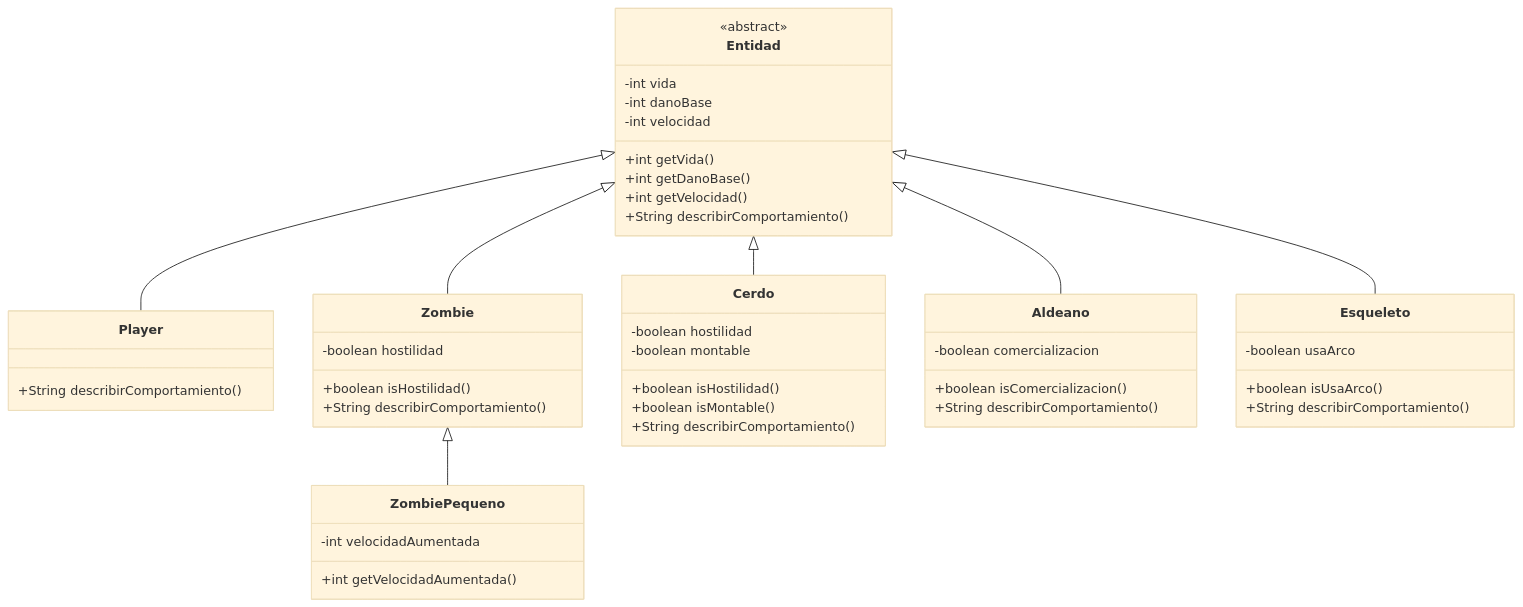
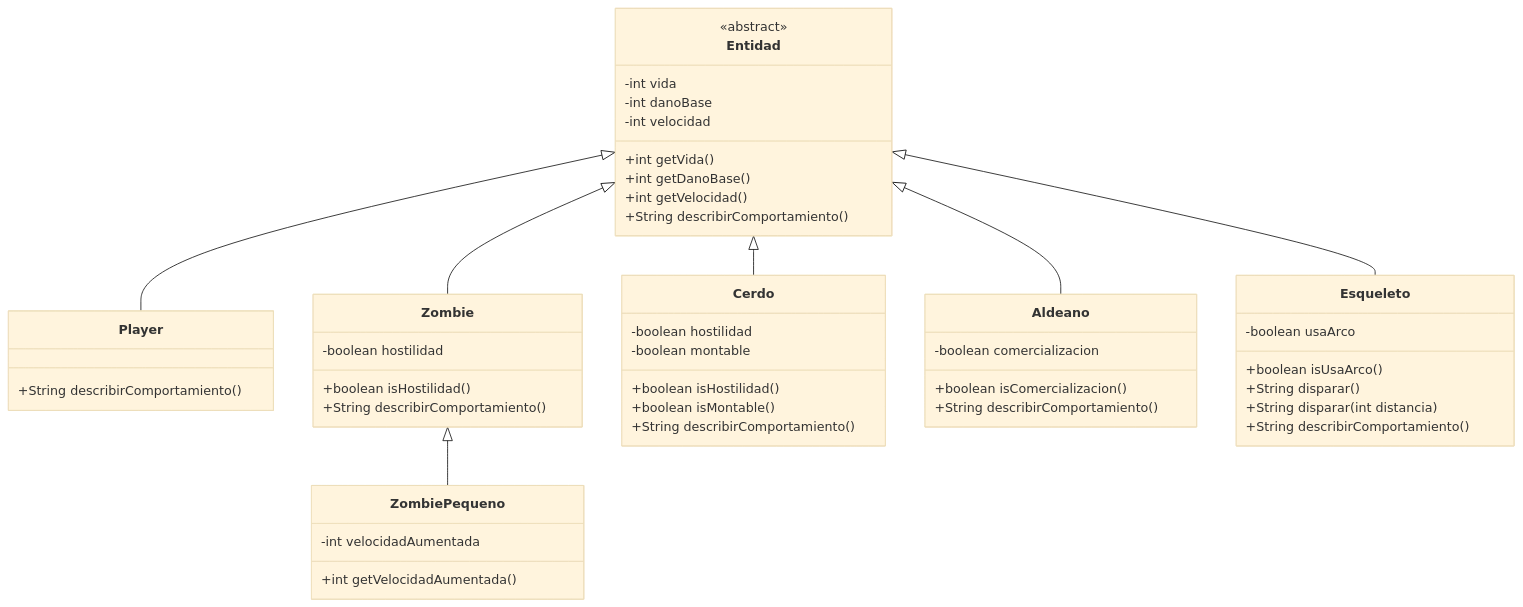
One commit to MatRF04/mr-taller-git-2026 changed the diagram in README.md. Above: the diagram before and after it, drawn with Mermaid (base theme). The commit also changed other lines of this file and 8 other files, not shown here.

````diff
--- a/README.md
+++ b/README.md
@@ -59,55 +90,57 @@
 ```mermaid
 classDiagram
     class Entidad {
         <<abstract>>
         -int vida
         -int danoBase
         -int velocidad
         +int getVida()
         +int getDanoBase()
         +int getVelocidad()
         +String describirComportamiento()
     }
 
     class Player {
         +String describirComportamiento()
     }
 
     class Zombie {
         -boolean hostilidad
         +boolean isHostilidad()
         +String describirComportamiento()
     }
 
     class Cerdo {
         -boolean hostilidad
         -boolean montable
         +boolean isHostilidad()
         +boolean isMontable()
         +String describirComportamiento()
     }
 
     class Aldeano {
         -boolean comercializacion
         +boolean isComercializacion()
         +String describirComportamiento()
     }
 
     class Esqueleto {
         -boolean usaArco
         +boolean isUsaArco()
+        +String disparar()
+        +String disparar(int distancia)
         +String describirComportamiento()
     }
 
     class ZombiePequeno {
         -int velocidadAumentada
         +int getVelocidadAumentada()
     }
 
     Entidad <|-- Player
     Entidad <|-- Zombie
     Entidad <|-- Cerdo
     Entidad <|-- Aldeano
     Entidad <|-- Esqueleto
     Zombie <|-- ZombiePequeno
 ```
````
